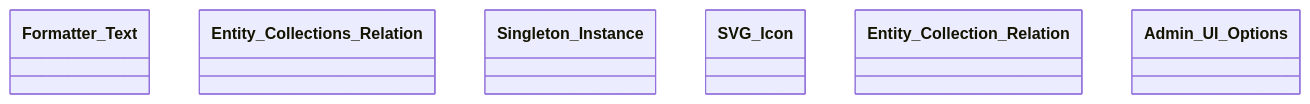
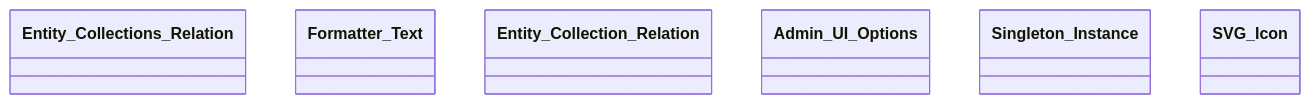
One commit to tainacan/tainacan changed the diagram in docs/diagrams/tainacan-namespace-Tainacan-Traits.mmd. Above: the diagram before and after it, drawn with Mermaid. The commit also changed other lines of this file and 97 other files, not shown here.

```diff
--- a/docs/diagrams/tainacan-namespace-Tainacan-Traits.mmd
+++ b/docs/diagrams/tainacan-namespace-Tainacan-Traits.mmd
@@ -1,8 +1,8 @@
 classDiagram
     direction TB
+    class Entity_Collections_Relation { }
     class Formatter_Text { }
-    class Entity_Collections_Relation { }
+    class Entity_Collection_Relation { }
+    class Admin_UI_Options { }
     class Singleton_Instance { }
     class SVG_Icon { }
-    class Entity_Collection_Relation { }
-    class Admin_UI_Options { }
```
